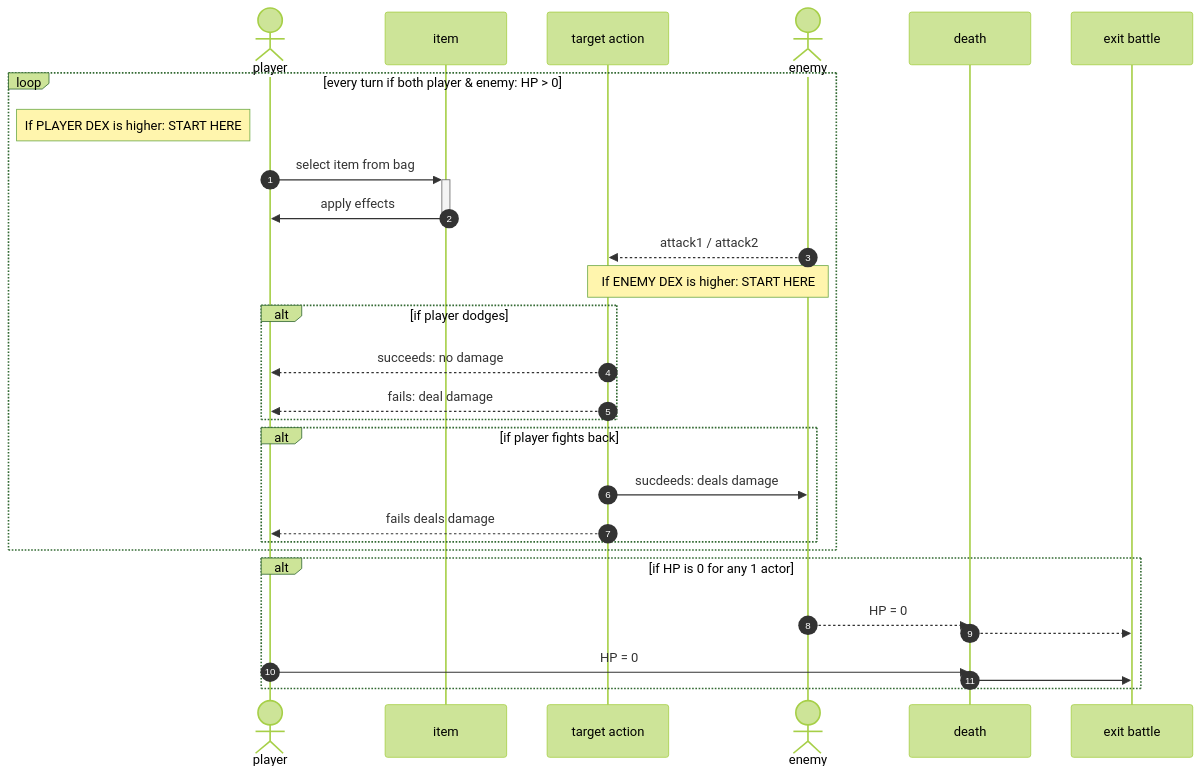
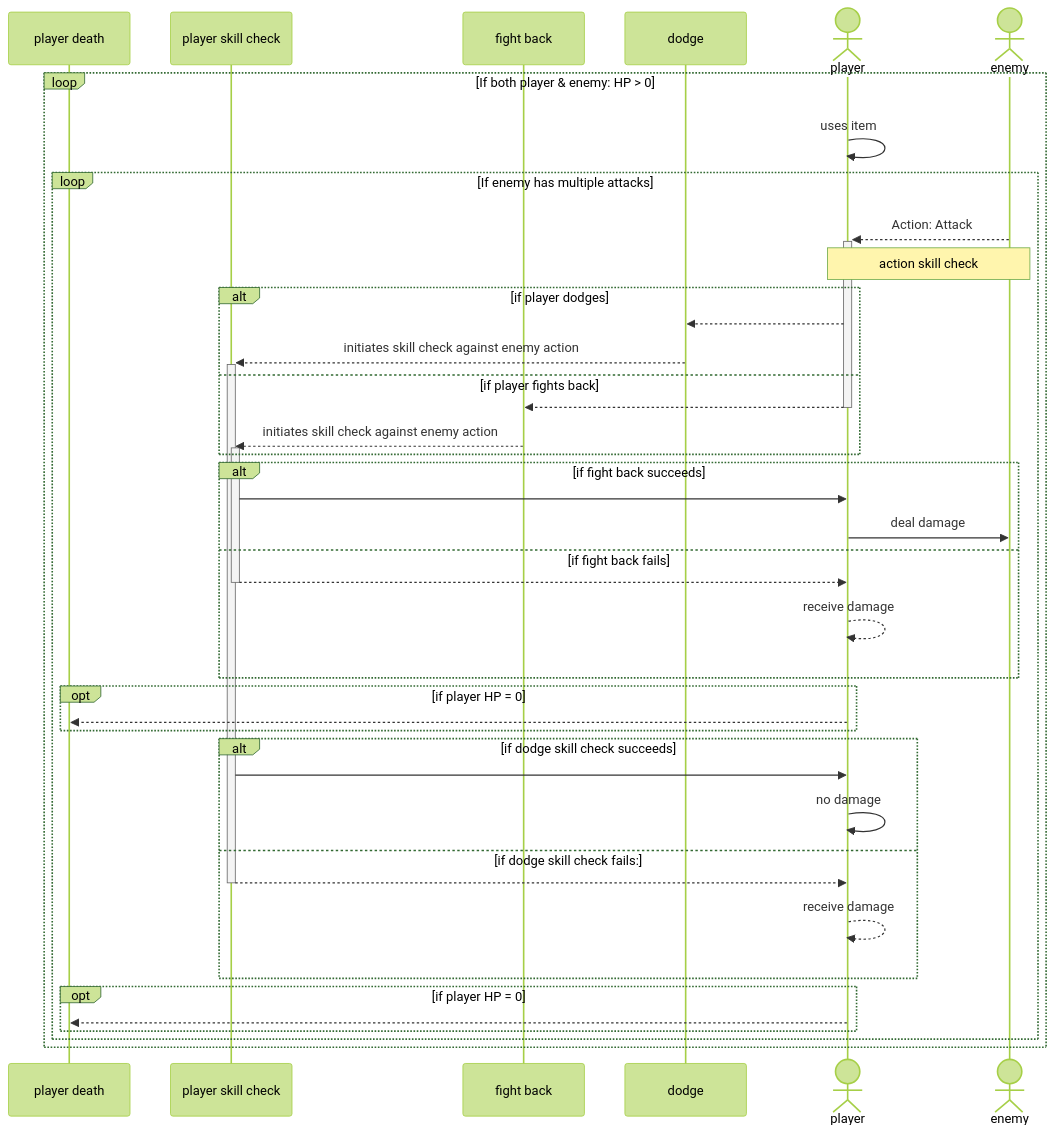
Before and after one commit to rolling-sagas/rs-doc: the diagram in battle_system/rs_battle_item_flow_sequence_diagram.md, drawn with Mermaid (forest theme). The commit also changed 4 other files, not shown here.

Commit message:
Made adjustments based on Aspirins feedback on the diagrams. Made adjustments on README doc too.

````diff
--- a/battle_system/rs_battle_item_flow_sequence_diagram.md
+++ b/battle_system/rs_battle_item_flow_sequence_diagram.md
@@ -5,32 +5,48 @@
 ```mermaid
     sequenceDiagram
-    autonumber
+    participant player death
+    participant player skill check
+    participant fight back
+    participant dodge
     actor player
-    participant item
-    participant target action
     actor enemy
-    participant death
-    participant exit battle
+    
 
-    loop every turn if both player & enemy: HP > 0
-        note left of player: If PLAYER DEX is higher: START HERE
-        player->>+item: select item from bag
-        item->>-player: apply effects
-        enemy-->>target action: attack1 / attack2
-        note over enemy, target action: If ENEMY DEX is higher: START HERE
-        alt if player dodges
-        target action-->>player: succeeds: no damage
-        target action-->>player: fails: deal damage
-        end
-        alt if player fights back
-        target action->>enemy: sucdeeds: deals damage
-        target action-->>player: fails deals damage
-        end
+loop If both player & enemy: HP > 0
+    player->>player: uses item
+
+loop If enemy has multiple attacks
+    enemy-->>+player: Action: Attack
+    note over enemy, player: action skill check
+    alt if player dodges
+    player-->> dodge: 
+    dodge-->>+ player skill check: initiates skill check against enemy action
+    else if player fights back
+    player-->>- fight back: 
+    fight back-->>+ player skill check: initiates skill check against enemy action
     end
-    alt if HP is 0 for any 1 actor
-    enemy-->>death: HP = 0
-    death-->>exit battle: 
-    player->>death: HP = 0
-    death->>exit battle: 
+
+    alt if fight back succeeds
+    player skill check->> player: 
+    player->> enemy: deal damage
+    else if fight back fails
+    player skill check-->>- player: 
+    player-->> player: receive damage 
     end
+    opt if player HP = 0
+    player-->> player death: 
+    end
+
+    alt if dodge skill check succeeds 
+    player skill check->>player: 
+    player->> player: no damage
+    else if dodge skill check fails: 
+    player skill check-->>-player: 
+    player-->>player: receive damage
+    end
+    opt if player HP = 0
+    player-->> player death: 
+    end
+end
+end
 ```
````
